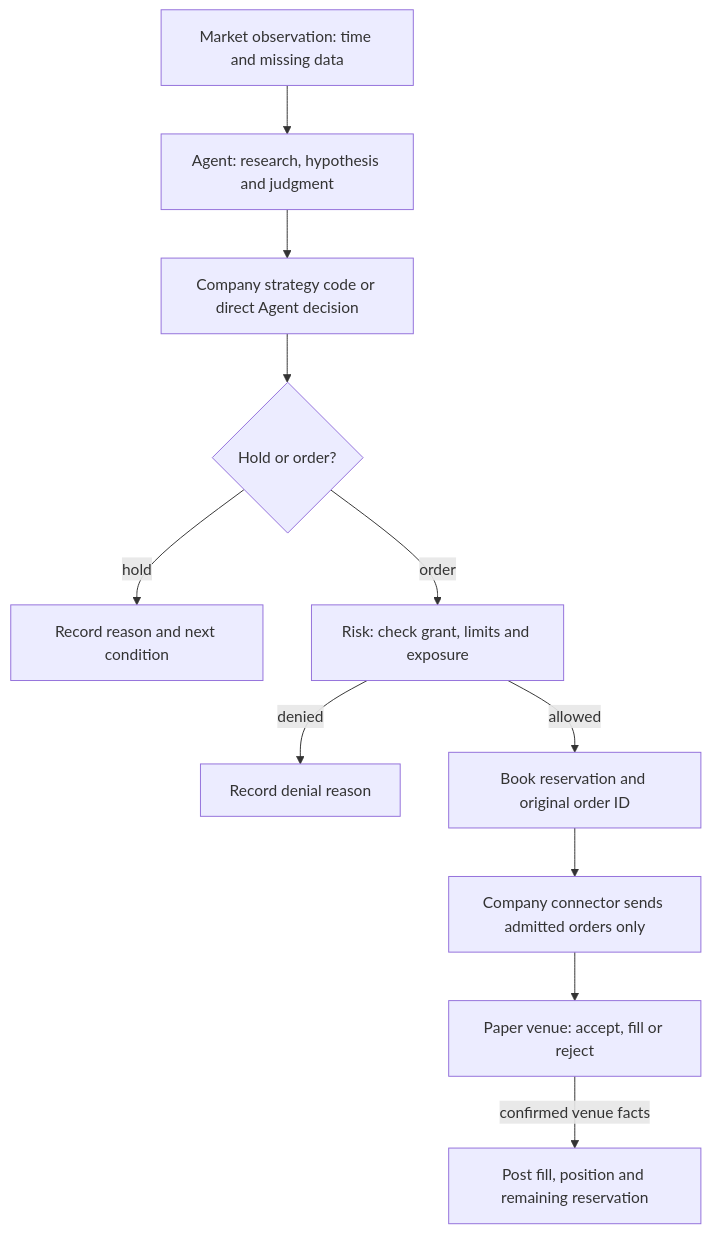
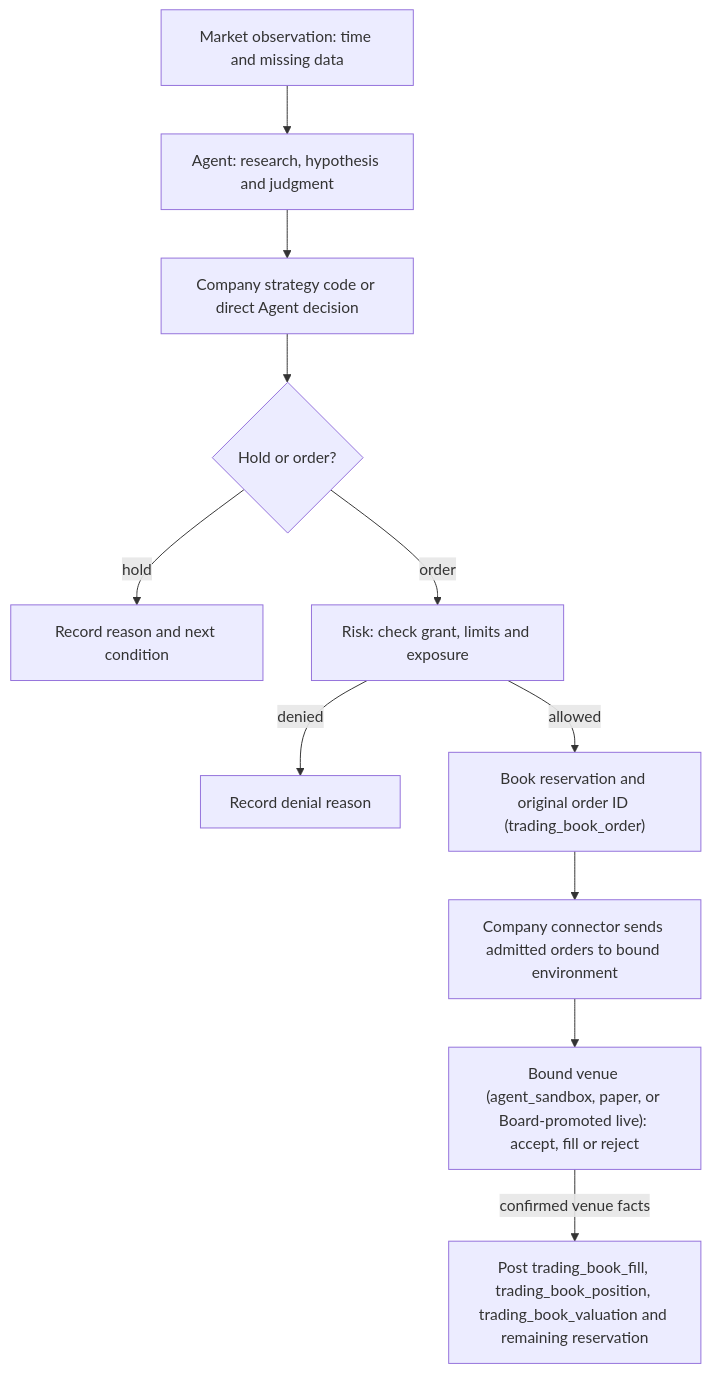
One commit to openboa-ai/sourdough changed the tenth of 16 diagrams in docs/company-agent-quant.md. Above: the diagram before and after it, drawn with Mermaid. The commit also changed other lines of this file and 278 other files, not shown here.

First line of the commit message:
refactor(core,trading,client): separate Core Company OS from Trading domain and unify schemas (#189)

````diff
--- a/docs/company-agent-quant.md
+++ b/docs/company-agent-quant.md
@@ -274,20 +274,20 @@
 ```mermaid
 flowchart TD
     Market["Market observation: time and missing data"]
     Research["Agent: research, hypothesis and judgment"]
     Program["Company strategy code or direct Agent decision"]
     Decision{"Hold or order?"}
     Hold["Record reason and next condition"]
     Risk["Risk: check grant, limits and exposure"]
     Denied["Record denial reason"]
-    Reserve["Book reservation and original order ID"]
-    Connector["Company connector sends admitted orders only"]
-    Venue["Paper venue: accept, fill or reject"]
-    Ledger["Post fill, position and remaining reservation"]
+    Reserve["Book reservation and original order ID (trading_book_order)"]
+    Connector["Company connector sends admitted orders to bound environment"]
+    Venue["Bound venue (agent_sandbox, paper, or Board-promoted live): accept, fill or reject"]
+    Ledger["Post trading_book_fill, trading_book_position, trading_book_valuation and remaining reservation"]
     Market --> Research --> Program --> Decision
     Decision -->|hold| Hold
     Decision -->|order| Risk
     Risk -->|denied| Denied
     Risk -->|allowed| Reserve --> Connector --> Venue
     Venue -->|confirmed venue facts| Ledger
 ```
````
